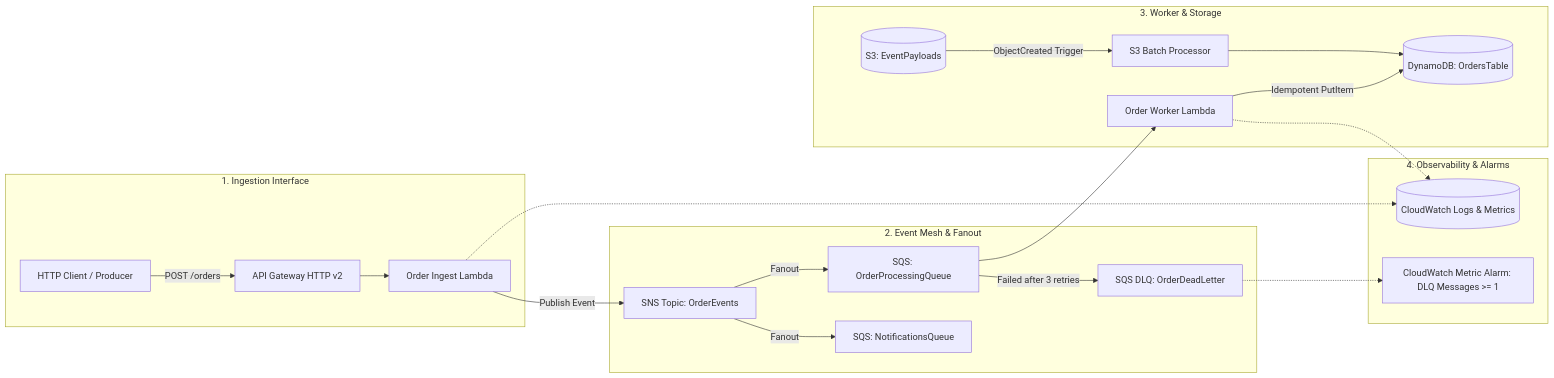
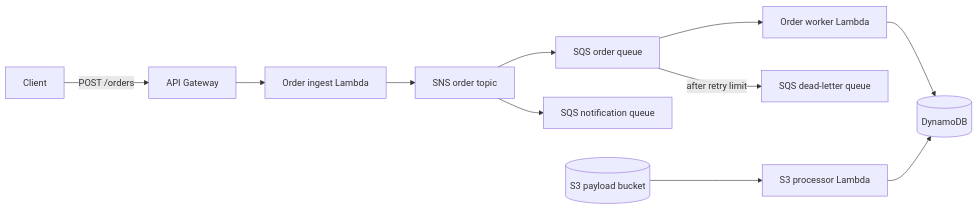
Before and after one commit to AAAmer91/event-mesh-cloud-platform: the diagram in README.md, drawn with Mermaid. The commit also changed other lines of this file and 10 other files, not shown here.

Commit message:
docs: clarify event mesh proof of concept

````diff
--- a/README.md
+++ b/README.md
@@ -19,27 +26,13 @@
 ```mermaid
 flowchart LR
-    subgraph Ingestion ["1. Ingestion Interface"]
-        Client[HTTP Client / Producer] -->|POST /orders| APIGW[API Gateway HTTP v2]
-        APIGW --> IngestLambda[Order Ingest Lambda]
-    end
-
-    subgraph EventMesh ["2. Event Mesh & Fanout"]
-        IngestLambda -->|Publish Event| SNSTopic[SNS Topic: OrderEvents]
-        SNSTopic -->|Fanout| SQSOrder[SQS: OrderProcessingQueue]
-        SNSTopic -->|Fanout| SQSNotify[SQS: NotificationsQueue]
-        SQSOrder -->|Failed after 3 retries| DLQ[SQS DLQ: OrderDeadLetter]
-    end
-
-    subgraph Processing ["3. Worker & Storage"]
-        SQSOrder --> WorkerLambda[Order Worker Lambda]
-        WorkerLambda -->|Idempotent PutItem| DynamoDB[(DynamoDB: OrdersTable)]
-        S3Bucket[(S3: EventPayloads)] -->|ObjectCreated Trigger| S3Worker[S3 Batch Processor]
-        S3Worker --> DynamoDB
-    end
-
-    subgraph Observability ["4. Observability & Alarms"]
-        IngestLambda -.-> CloudWatch[(CloudWatch Logs & Metrics)]
-        WorkerLambda -.-> CloudWatch
-        DLQ -.-> Alarm[CloudWatch Metric Alarm: DLQ Messages >= 1]
-    end
+    Client -->|POST /orders| Gateway[API Gateway]
+    Gateway --> Ingest[Order ingest Lambda]
+    Ingest --> Topic[SNS order topic]
+    Topic --> Orders[SQS order queue]
+    Topic --> Notifications[SQS notification queue]
+    Orders --> Worker[Order worker Lambda]
+    Worker --> Table[(DynamoDB)]
+    Orders -->|after retry limit| DLQ[SQS dead-letter queue]
+    Bucket[(S3 payload bucket)] --> Batch[S3 processor Lambda]
+    Batch --> Table
 ```
````
